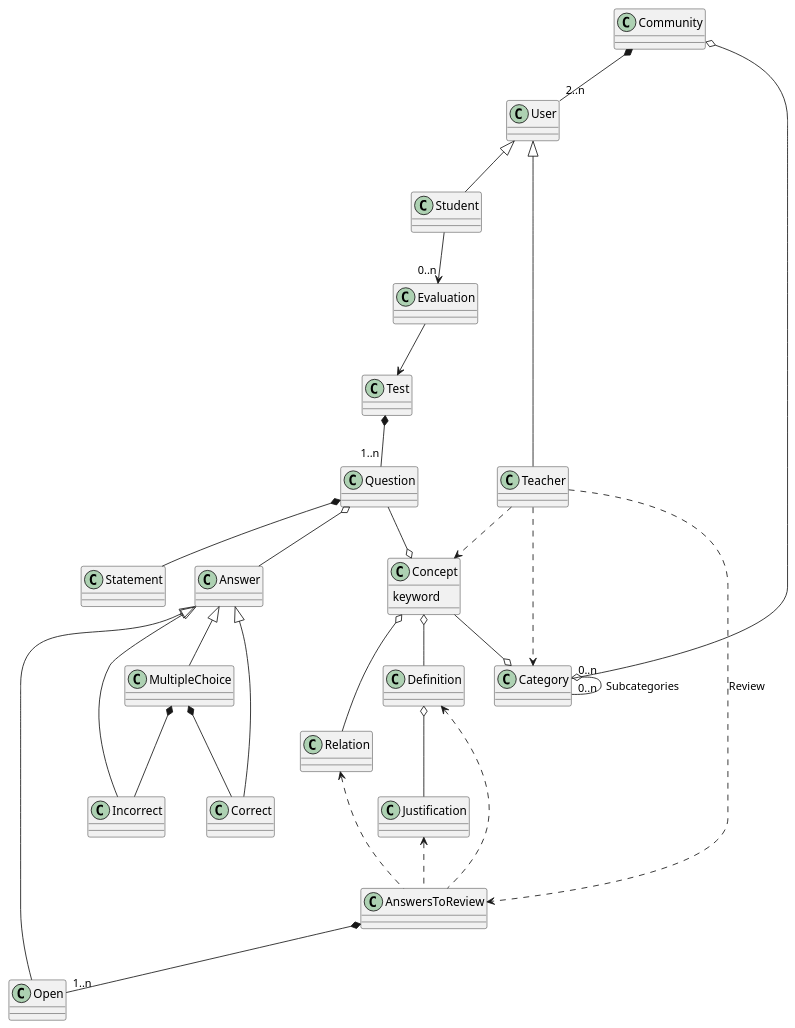
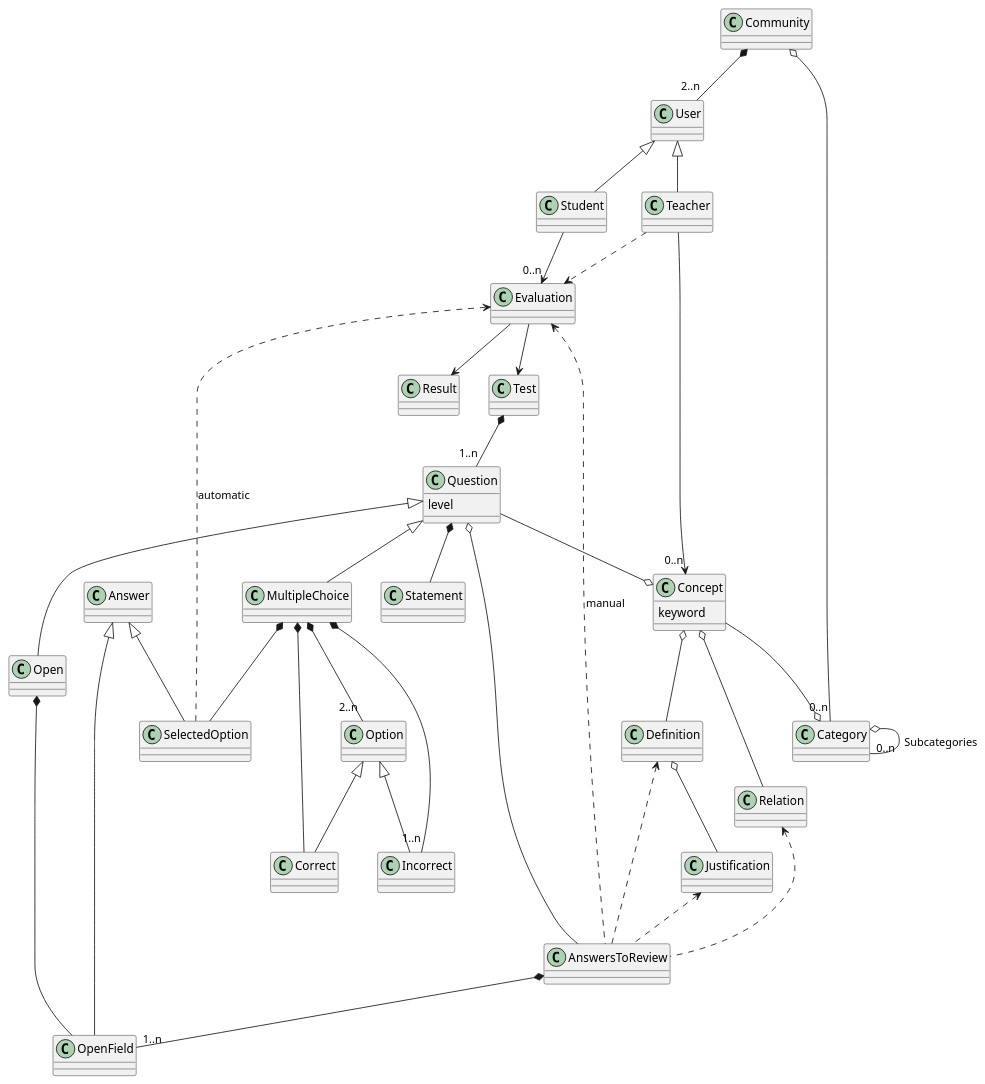
One commit to Joselon/ProyectoOpoTest changed the diagram in doc/dominio_clases.puml. Above: the diagram before and after it, drawn with PlantUML. The commit also changed 9 other files, not shown here.

```diff
--- a/doc/dominio_clases.puml
+++ b/doc/dominio_clases.puml
@@ -1,77 +1,91 @@
 @startuml OpoTestDomain
 
 class Community
 
 class User
 
 class Teacher
 
 class Student
 
 class Evaluation
 
+class Result
+
 class Category 
 
 class Test 
 
 class AnswersToReview
 
 class Concept {
     keyword
 }
 
-class Open 
-
-class Question
-
-class MultipleChoice
+class Question {
+    level
+}
 
 class Statement
 
 class Answer 
 
+class Open 
+
+class MultipleChoice
+
+class Option
+
 class Correct
 
 Class Incorrect
 
+class OpenField
+
+Class SelectedOption
+
+
 Community *-- "2..n" User
 Community o-- "0..n" Category
+
+Category o--"0..n" Category : Subcategories
 
 User <|-- Teacher
 User <|-- Student
 
-Teacher ..> Category
-Teacher ..> Concept
+Teacher -->"0..n" Concept
 Concept --o Category
 Question --o Concept
 Concept o-- Definition
 Definition o-- Justification
 Concept o-- Relation
 
 Student --> "0..n" Evaluation
 Evaluation --> Test
+Evaluation --> Result
 
-Teacher ..> AnswersToReview : Review
-AnswersToReview *-- "1..n" Open
+Teacher ..> Evaluation
+AnswersToReview *-- "1..n" OpenField
 Definition <.. AnswersToReview
 Justification <.. AnswersToReview
 Relation <.. AnswersToReview
 
-'Question <|-- MultipleChoice
-'Question <|-- Open
+Evaluation <.. AnswersToReview : manual
+Evaluation <.. SelectedOption : automatic
+
 Test *-- "1..n" Question
+Question <|-- MultipleChoice
+Question <|-- Open
 Question *--   Statement
-Question o-- Answer
-MultipleChoice *-- Incorrect
+MultipleChoice *-- "2..n" Option
+Option <|-- Incorrect
+Option <|-- Correct
 MultipleChoice *-- Correct
-Answer <|-- Correct
-Answer <|-- Incorrect
-Answer <|-- Open
-Answer <|-- MultipleChoice
-
-
-Category o--"0..n" Category : Subcategories
-
-
+MultipleChoice *-- "1..n" Incorrect
+MultipleChoice *-- SelectedOption
+Open *-- OpenField
+Answer <|-- OpenField
+Answer <|-- SelectedOption
+Question o-- AnswersToReview
 
 @enduml
```
